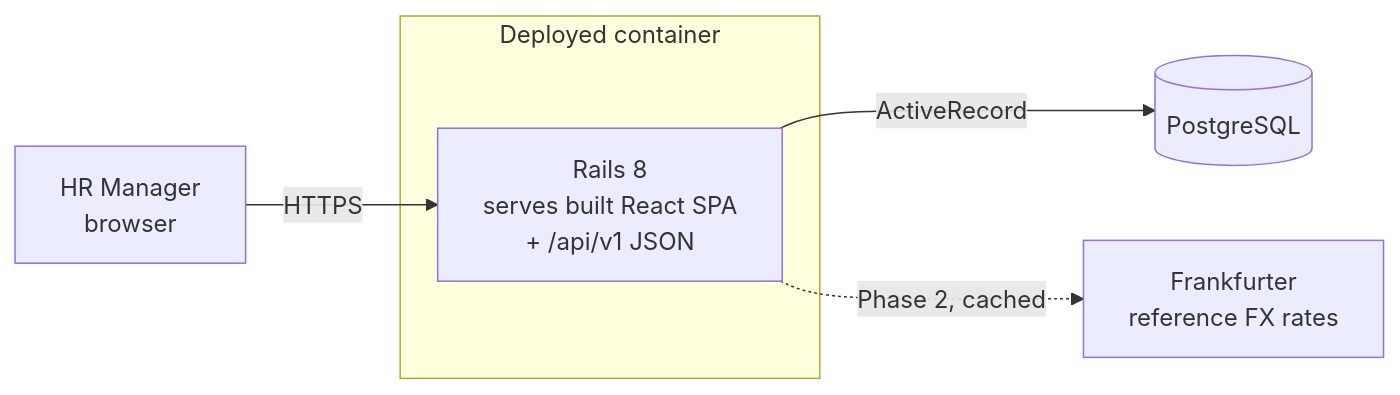
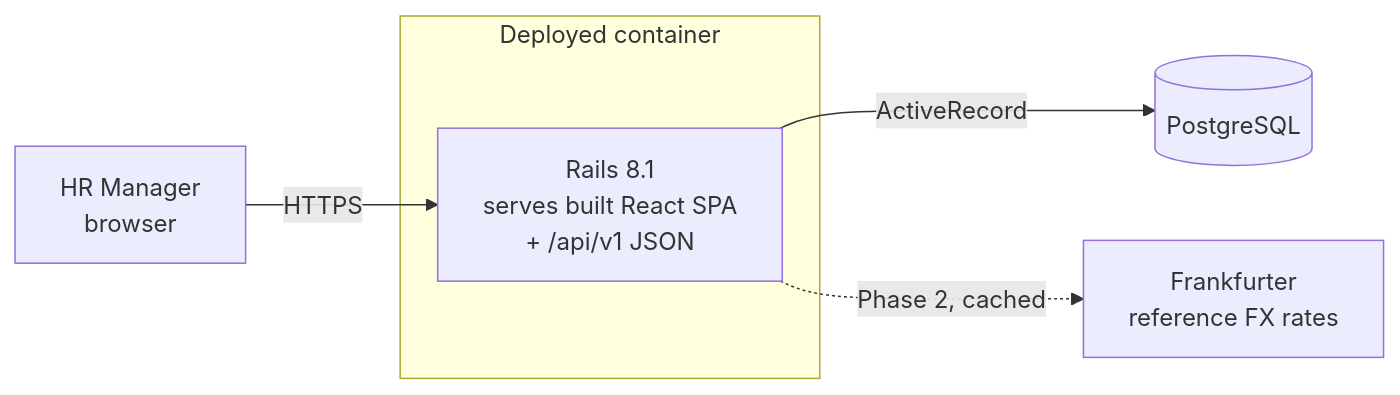
Before and after one commit to sravan44/salary-dashboard: the diagram in docs/architecture.md, drawn with Mermaid. The commit also changed other lines of this file and 76 other files, not shown here.

First line of the commit message:
chore: scaffold Rails API, React TS app and Docker Compose with 90% coverage gates

````diff
--- a/docs/architecture.md
+++ b/docs/architecture.md
@@ -7,9 +7,9 @@
 ```mermaid
 flowchart LR
   HR[HR Manager<br/>browser] -->|HTTPS| WEB
   subgraph Deployed container
-    WEB[Rails 8<br/>serves built React SPA<br/>+ /api/v1 JSON]
+    WEB[Rails 8.1<br/>serves built React SPA<br/>+ /api/v1 JSON]
   end
   WEB -->|ActiveRecord| DB[(PostgreSQL)]
   WEB -.->|Phase 2, cached| FX[Frankfurter<br/>reference FX rates]
 ```
````
